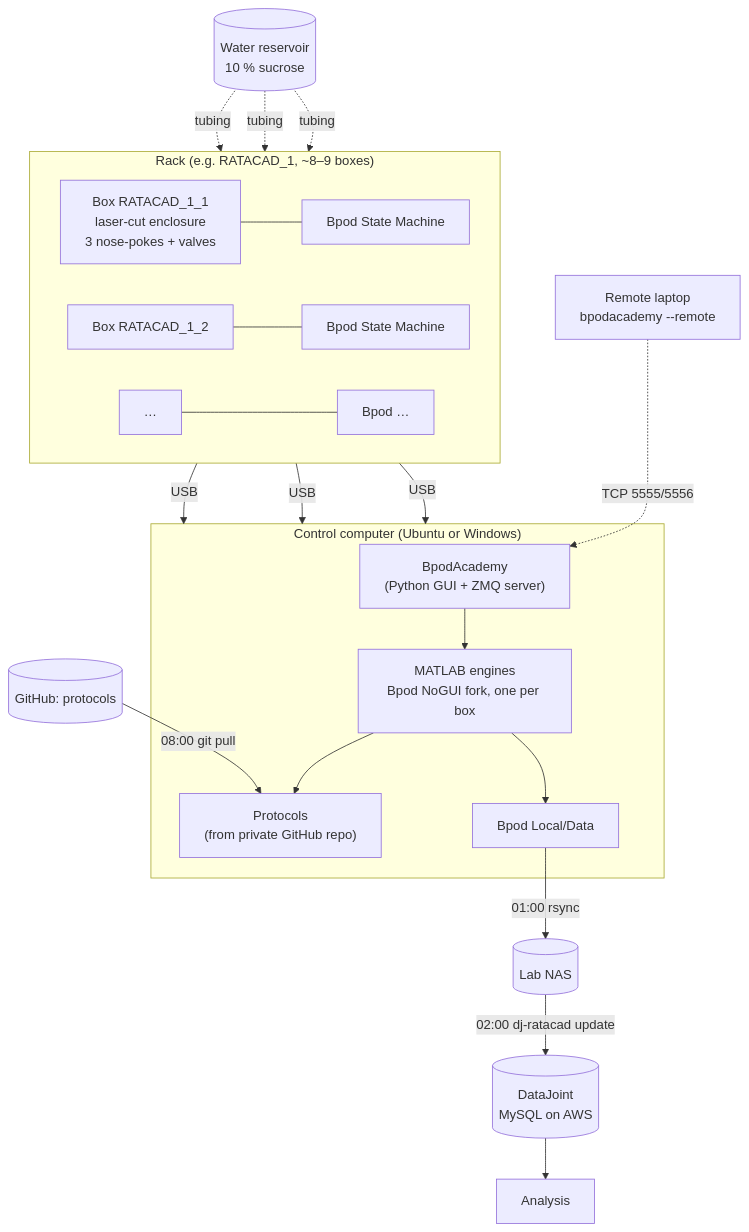
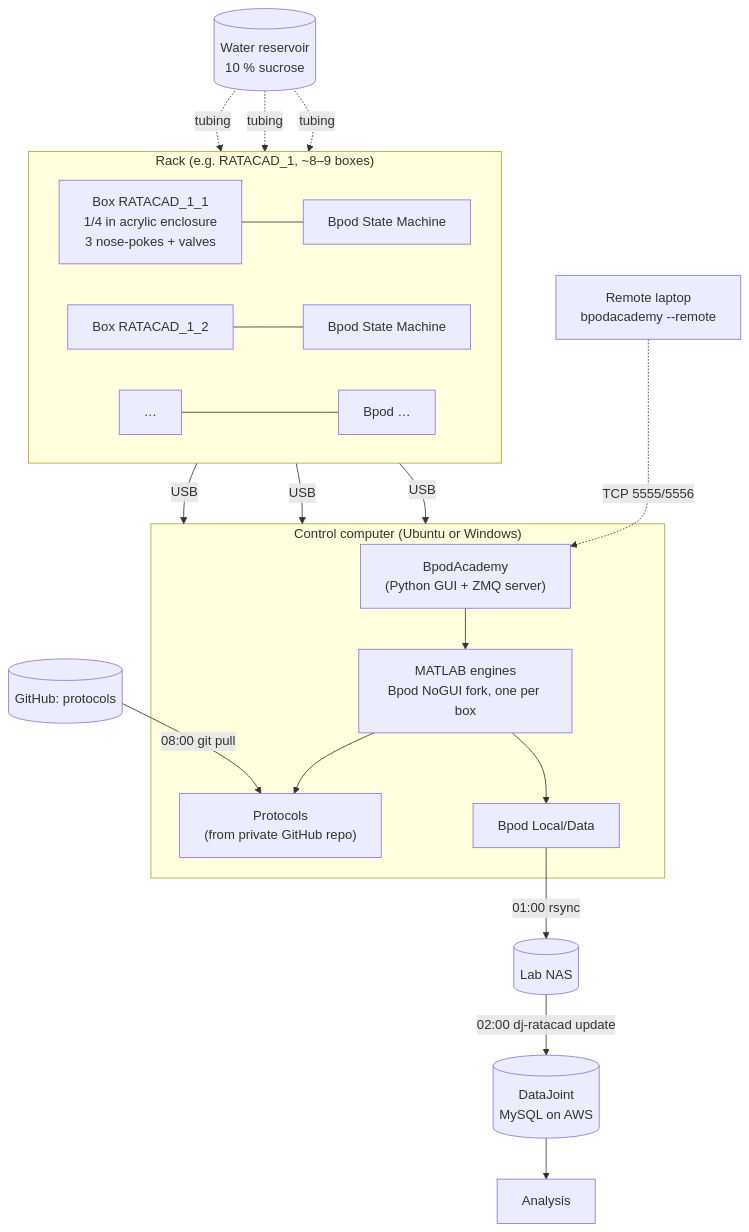
Before and after one commit to RatAcad/ratacademyGuide: the diagram in docs/overview/architecture.md, drawn with Mermaid. The commit also changed 4 other files, not shown here.

Commit message:
Enclosure: 1/4 in acrylic for all parts

````diff
--- a/docs/overview/architecture.md
+++ b/docs/overview/architecture.md
@@ -7,23 +7,23 @@
 ```mermaid
 flowchart TB
     subgraph rack["Rack (e.g. RATACAD_1, ~8–9 boxes)"]
         direction LR
-        bx1["Box RATACAD_1_1<br/>laser-cut enclosure<br/>3 nose-pokes + valves"] --- bp1[Bpod State Machine]
+        bx1["Box RATACAD_1_1<br/>1/4 in acrylic enclosure<br/>3 nose-pokes + valves"] --- bp1[Bpod State Machine]
         bx2["Box RATACAD_1_2"] --- bp2[Bpod State Machine]
         bxn["…"] --- bpn[Bpod …]
     end
     W[("Water reservoir<br/>10 % sucrose")] -. tubing .-> bx1 & bx2 & bxn
     bp1 & bp2 & bpn -- USB --> PC
 
     subgraph PC["Control computer (Ubuntu or Windows)"]
         BA["BpodAcademy<br/>(Python GUI + ZMQ server)"] --> ML["MATLAB engines<br/>Bpod NoGUI fork, one per box"]
         ML --> PR["Protocols<br/>(from private GitHub repo)"]
         ML --> DATA["Bpod Local/Data"]
     end
 
     GH[(GitHub: protocols)] -- "08:00 git pull" --> PR
     DATA -- "01:00 rsync" --> NAS[(Lab NAS)]
     NAS -- "02:00 dj-ratacad update" --> DB[("DataJoint<br/>MySQL on AWS")]
     DB --> AN[Analysis]
     REM[Remote laptop<br/>bpodacademy --remote] -. "TCP 5555/5556" .-> BA
 ```
````
